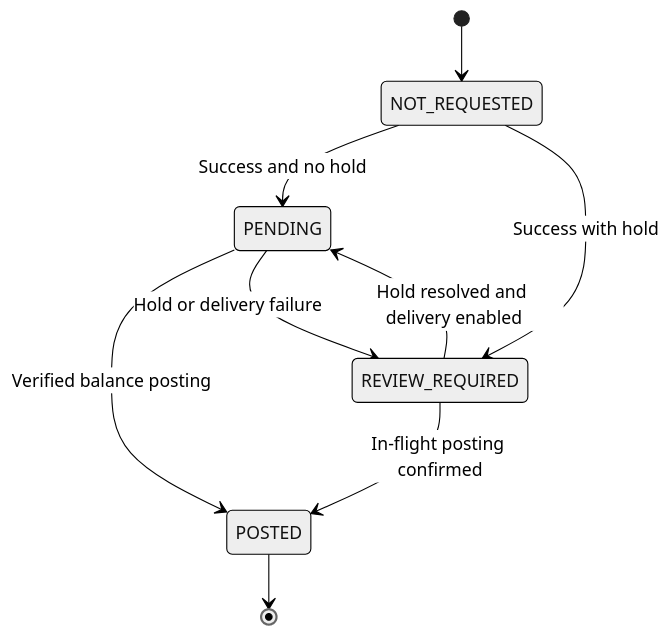
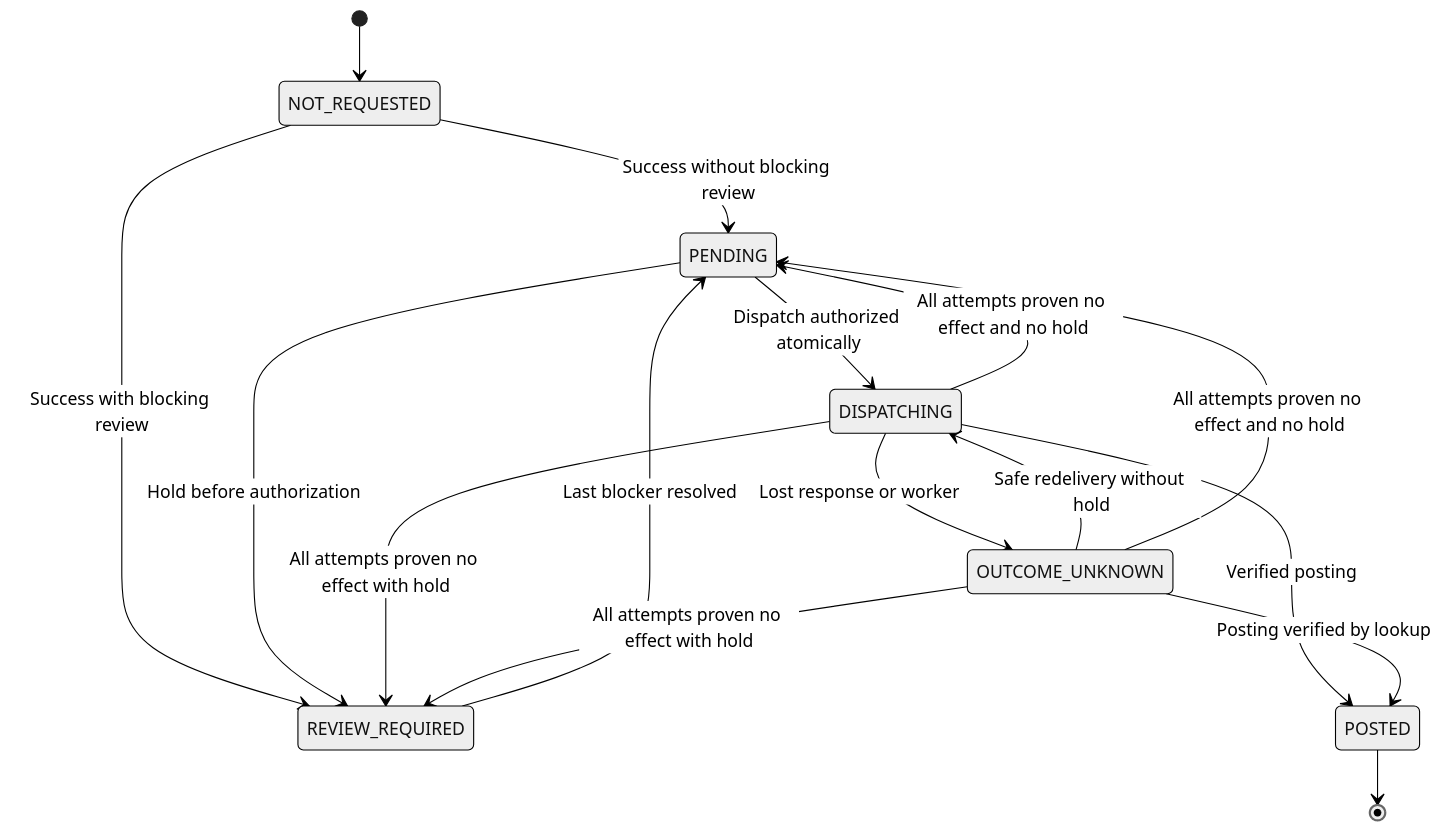
One commit to YuliaMelekhova/inside-the-spec changed the diagram in episodes/01-payment-timeout/artifacts/credit-state-machine.en.mmd. Above: the diagram before and after it, drawn with Mermaid (neutral theme). The commit also changed 35 other files, not shown here.

```diff
--- a/episodes/01-payment-timeout/artifacts/credit-state-machine.en.mmd
+++ b/episodes/01-payment-timeout/artifacts/credit-state-machine.en.mmd
@@ -1,11 +1,18 @@
-%% Inside the Spec – Real Scenarios. Working Artifacts. Decisions That Matter.
-%% Case: 01; Author: Yulia Melekhova; Version: 0.3; Language: en; Status: Draft
+%% Inside the Spec – Realistic Scenarios. Working Artifacts. Decisions That Matter.
+%% Case: 01; Author: Yulia Melekhova; Version: 0.4; Language: en; Status: Draft
 stateDiagram-v2
     [*] --> NOT_REQUESTED
-    NOT_REQUESTED --> PENDING: Success and no hold
-    NOT_REQUESTED --> REVIEW_REQUIRED: Success with hold
-    PENDING --> POSTED: Verified balance posting
-    PENDING --> REVIEW_REQUIRED: Hold or delivery failure
-    REVIEW_REQUIRED --> PENDING: Hold resolved and delivery enabled
-    REVIEW_REQUIRED --> POSTED: In-flight posting confirmed
+    NOT_REQUESTED --> PENDING: Success without blocking review
+    NOT_REQUESTED --> REVIEW_REQUIRED: Success with blocking review
+    PENDING --> REVIEW_REQUIRED: Hold before authorization
+    REVIEW_REQUIRED --> PENDING: Last blocker resolved
+    PENDING --> DISPATCHING: Dispatch authorized atomically
+    OUTCOME_UNKNOWN --> DISPATCHING: Safe redelivery without hold
+    DISPATCHING --> POSTED: Verified posting
+    DISPATCHING --> OUTCOME_UNKNOWN: Lost response or worker
+    DISPATCHING --> PENDING: All attempts proven no effect and no hold
+    DISPATCHING --> REVIEW_REQUIRED: All attempts proven no effect with hold
+    OUTCOME_UNKNOWN --> POSTED: Posting verified by lookup
+    OUTCOME_UNKNOWN --> PENDING: All attempts proven no effect and no hold
+    OUTCOME_UNKNOWN --> REVIEW_REQUIRED: All attempts proven no effect with hold
     POSTED --> [*]
```
